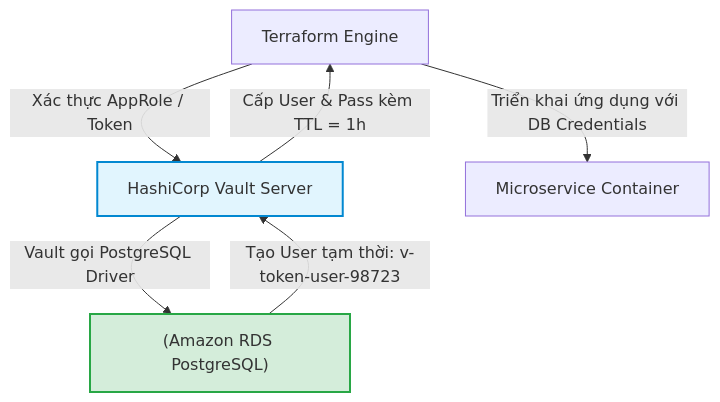
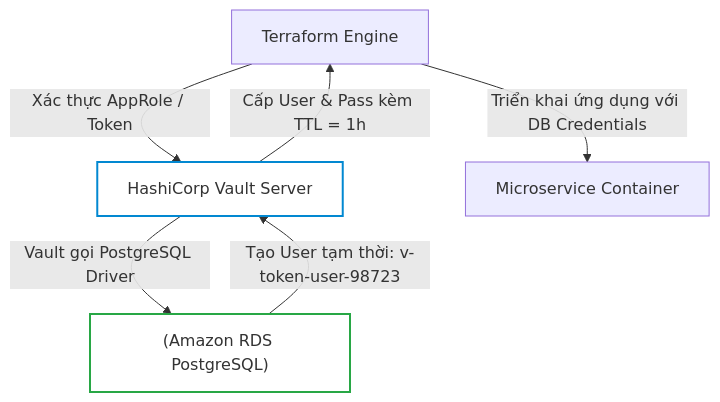
The fourth of 7 diagrams in _posts/2026-09-13-terraform-20-20-quan-ly-secrets-va-du-lieu-sensitive-trong-terraform.md (kiennt308/ntk), drawn with Mermaid before and after one commit. The commit also changed other lines of this file and 207 other files, not shown here.

Commit message:
feat(posts): batch standardize all 208 posts with TL;DR, qa-card accordion, fill:none mermaid, and liquid raw wrappers

````diff
--- a/_posts/2026-09-13-terraform-20-20-quan-ly-secrets-va-du-lieu-sensitive-trong-terraform.md
+++ b/_posts/2026-09-13-terraform-20-20-quan-ly-secrets-va-du-lieu-sensitive-trong-terraform.md
@@ -207,13 +211,13 @@
 ```mermaid
 flowchart TD
     TF["Terraform Engine"] -->|Xác thực AppRole / Token| VAULT["HashiCorp Vault Server"]
     VAULT -->|Vault gọi PostgreSQL Driver| DB["(Amazon RDS PostgreSQL)"]
     DB -->|Tạo User tạm thời: v-token-user-98723| VAULT
     VAULT -->|Cấp User & Pass kèm TTL = 1h| TF
     TF -->|Triển khai ứng dụng với DB Credentials| APP["Microservice Container"]
     
-    style VAULT fill:#e1f5fe,stroke:#0288d1,stroke-width:2px
-    style DB fill:#d4edda,stroke:#28a745,stroke-width:2px
+    style VAULT fill:none,stroke:#0288d1,stroke-width:2px
+    style DB fill:none,stroke:#28a745,stroke-width:2px
 
 
 ```
````
